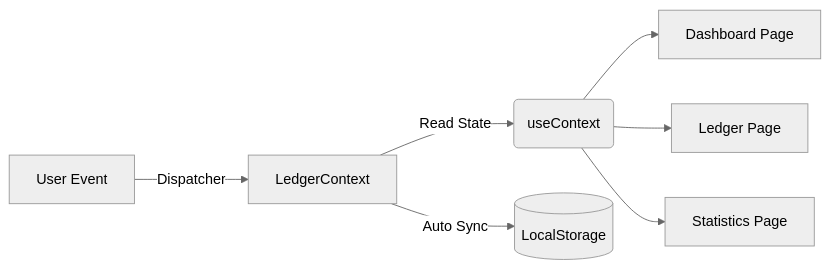
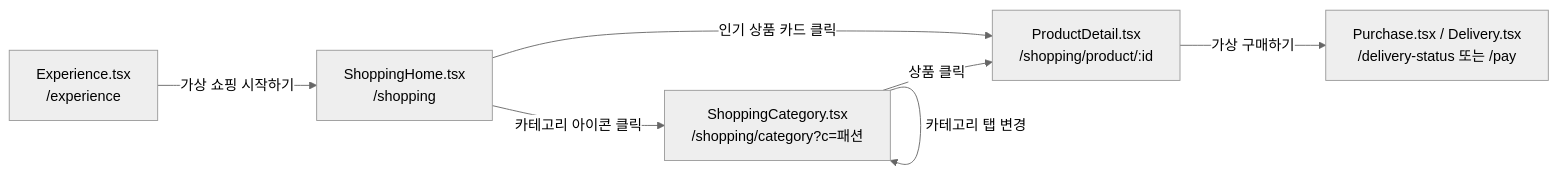
The diagram in 작업계획.md (zinnnnooooo/simspend), drawn with Mermaid (neutral theme) before and after one commit. The commit also changed other lines of this file and 99 other files, not shown here.

Commit message:
feat: SimSpend UI optimization, category tab clean-up, and local image mapping

````diff
--- a/작업계획.md
+++ b/작업계획.md
@@ -193,9 +28,9 @@
 ```mermaid
 flowchart LR
-    A[LedgerContext] -->|Read State| B(useContext)
-    B --> C[Dashboard Page]
-    B --> D[Ledger Page]
-    B --> E[Statistics Page]
-    A -->|Auto Sync| F[(LocalStorage)]
-    G[User Event] -->|Dispatcher| A
+    A[Experience.tsx<br>/experience] -->|가상 쇼핑 시작하기| B[ShoppingHome.tsx<br>/shopping]
+    B -->|카테고리 아이콘 클릭| C[ShoppingCategory.tsx<br>/shopping/category?c=패션]
+    B -->|인기 상품 카드 클릭| D[ProductDetail.tsx<br>/shopping/product/:id]
+    C -->|상품 클릭| D
+    C -->|카테고리 탭 변경| C
+    D -->|가상 구매하기| E[Purchase.tsx / Delivery.tsx<br>/delivery-status 또는 /pay]
 ```
````
